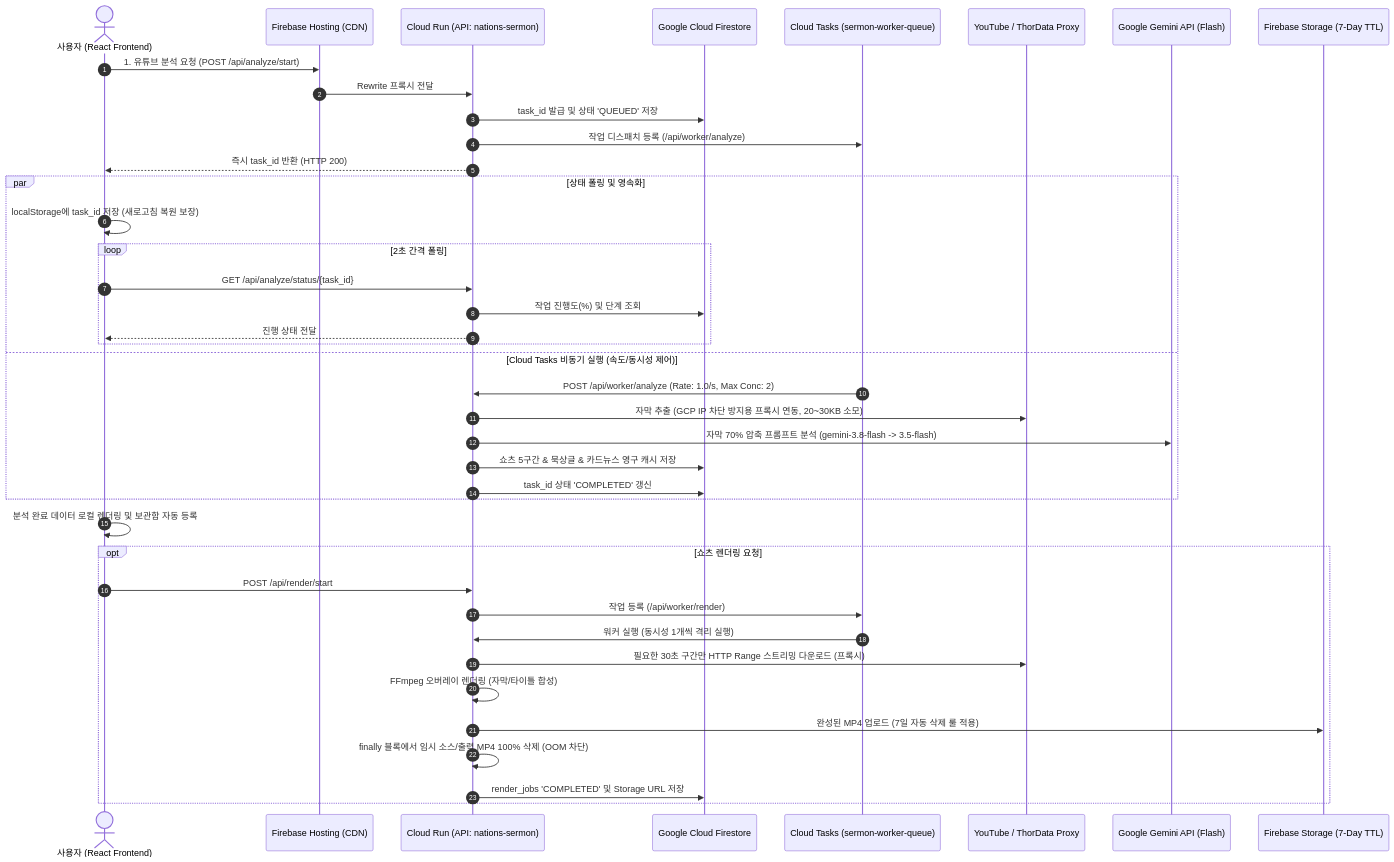
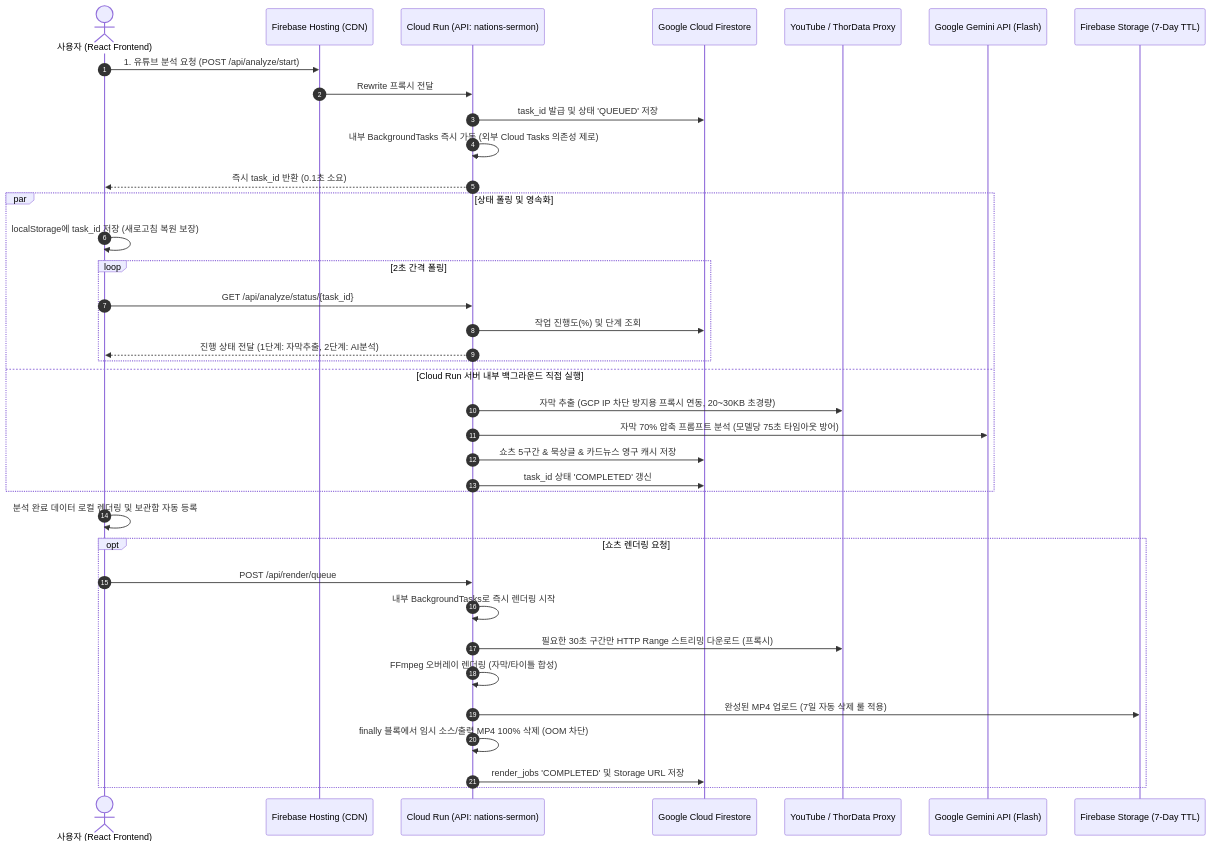
One commit to moons-art/nations-sermon changed the diagram in ARCHITECTURE_STATUS.md. Above: the diagram before and after it, drawn with Mermaid. The commit also changed 3 other files, not shown here.

Commit message:
fix: switch to Cloud Run internal BackgroundTasks architecture (Option B) removing external Cloud Tasks dependency

````diff
--- a/ARCHITECTURE_STATUS.md
+++ b/ARCHITECTURE_STATUS.md
@@ -10,46 +10,43 @@
 ```mermaid
 sequenceDiagram
     autonumber
     actor User as 사용자 (React Frontend)
     participant Hosting as Firebase Hosting (CDN)
     participant CloudRun as Cloud Run (API: nations-sermon)
     participant Firestore as Google Cloud Firestore
-    participant CloudTasks as Cloud Tasks (sermon-worker-queue)
     participant YouTube as YouTube / ThorData Proxy
     participant Gemini as Google Gemini API (Flash)
     participant Storage as Firebase Storage (7-Day TTL)
 
     User->>Hosting: 1. 유튜브 분석 요청 (POST /api/analyze/start)
     Hosting->>CloudRun: Rewrite 프록시 전달
     CloudRun->>Firestore: task_id 발급 및 상태 'QUEUED' 저장
-    CloudRun->>CloudTasks: 작업 디스패치 등록 (/api/worker/analyze)
-    CloudRun-->>User: 즉시 task_id 반환 (HTTP 200)
+    CloudRun->>CloudRun: 내부 BackgroundTasks 즉시 가동 (외부 Cloud Tasks 의존성 제로)
+    CloudRun-->>User: 즉시 task_id 반환 (0.1초 소요)
 
     par 상태 폴링 및 영속화
         User->>User: localStorage에 task_id 저장 (새로고침 복원 보장)
         loop 2초 간격 폴링
             User->>CloudRun: GET /api/analyze/status/{task_id}
             CloudRun->>Firestore: 작업 진행도(%) 및 단계 조회
-            CloudRun-->>User: 진행 상태 전달
+            CloudRun-->>User: 진행 상태 전달 (1단계: 자막추출, 2단계: AI분석)
         end
-    and Cloud Tasks 비동기 실행 (속도/동시성 제어)
-        CloudTasks->>CloudRun: POST /api/worker/analyze (Rate: 1.0/s, Max Conc: 2)
-        CloudRun->>YouTube: 자막 추출 (GCP IP 차단 방지용 프록시 연동, 20~30KB 소모)
-        CloudRun->>Gemini: 자막 70% 압축 프롬프트 분석 (gemini-3.8-flash -> 3.5-flash)
+    and Cloud Run 서버 내부 백그라운드 직접 실행
+        CloudRun->>YouTube: 자막 추출 (GCP IP 차단 방지용 프록시 연동, 20~30KB 초경량)
+        CloudRun->>Gemini: 자막 70% 압축 프롬프트 분석 (모델당 75초 타임아웃 방어)
         CloudRun->>Firestore: 쇼츠 5구간 & 묵상글 & 카드뉴스 영구 캐시 저장
         CloudRun->>Firestore: task_id 상태 'COMPLETED' 갱신
     end
 
     User->>User: 분석 완료 데이터 로컬 렌더링 및 보관함 자동 등록
     
     opt 쇼츠 렌더링 요청
-        User->>CloudRun: POST /api/render/start
-        CloudRun->>CloudTasks: 작업 등록 (/api/worker/render)
-        CloudTasks->>CloudRun: 워커 실행 (동시성 1개씩 격리 실행)
+        User->>CloudRun: POST /api/render/queue
+        CloudRun->>CloudRun: 내부 BackgroundTasks로 즉시 렌더링 시작
         CloudRun->>YouTube: 필요한 30초 구간만 HTTP Range 스트리밍 다운로드 (프록시)
         CloudRun->>CloudRun: FFmpeg 오버레이 렌더링 (자막/타이틀 합성)
         CloudRun->>Storage: 완성된 MP4 업로드 (7일 자동 삭제 룰 적용)
         CloudRun->>CloudRun: finally 블록에서 임시 소스/출력 MP4 100% 삭제 (OOM 차단)
         CloudRun->>Firestore: render_jobs 'COMPLETED' 및 Storage URL 저장
     end
 ```
````
